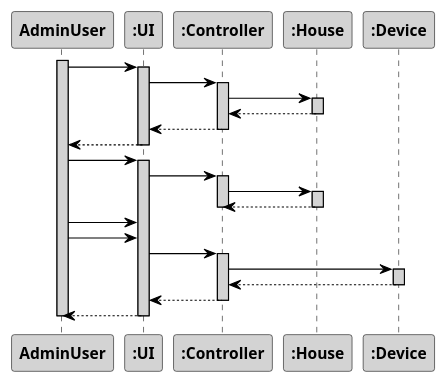
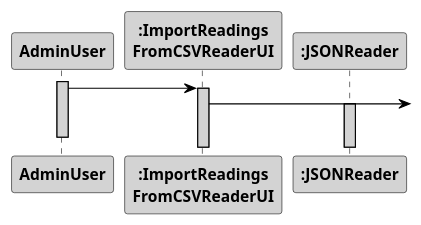
The diagram in src/main/java/pt/ipp/isep/dei/project/controllers/importReadingsFromCSVController/SD_SequenceDiagramModel.puml (1181687/hateoasToy), drawn with PlantUML before and after one commit. The commit also changed 2 other files, not shown here.

Commit message:
Added class diagram US015

```diff
--- a/src/main/java/pt/ipp/isep/dei/project/controllers/importReadingsFromCSVController/SD_SequenceDiagramModel.puml
+++ b/src/main/java/pt/ipp/isep/dei/project/controllers/importReadingsFromCSVController/SD_SequenceDiagramModel.puml
@@ -1,60 +1,30 @@
 @startuml
 skinparam sequenceMessageAlign center
 skinparam sequence {
 	ArrowColor Black
 	ActorBorderColor DarkBlue
 	LifeLineBorderColor black
 	LifeLineBackgroundColor LightGrey
 
 	ParticipantBorderColor Black
 	ParticipantBackgroundColor LightGrey
 	ParticipantFontStyle Bold
 
 	ActorBackgroundColor DimGrey
 	ActorFontColor DeepSkyBlue
 	ActorFontStyle Bold
 	ActorFontSize 17
 	ActorFontName Aapex
 }
+
 activate AdminUser
 actor AdminUser
 
-AdminUser -> ":UI":
-activate ":UI"
-":UI" -> ":Controller":
-activate ":Controller"
-":Controller" -> ":House":
-activate ":House"
-":Controller" <-- ":House":
-deactivate ":House"
-":UI" <-- ":Controller":
-deactivate ":Controller"
-AdminUser <-- ":UI":
-deactivate ":UI"
-
-AdminUser -> ":UI":
-activate ":UI"
-":UI" -> ":Controller":
-activate ":Controller"
-":Controller" -> ":House":
-activate ":House"
-":Controller" <-- ":House":
-deactivate ":House"
-deactivate ":Controller"
-
-AdminUser -> ":UI":
-AdminUser -> ":UI":
-":UI" -> ":Controller":
-activate ":Controller"
-":Controller" -> ":Device":
-activate ":Device"
-":Controller" <-- ":Device":
-deactivate ":Device"
-":UI" <-- ":Controller":
-deactivate ":Controller"
-AdminUser<-- ":UI":
-deactivate ":UI"
+AdminUser -> ":ImportReadings\nFromCSVReaderUI":
+activate ":ImportReadings\nFromCSVReaderUI"
+":ImportReadings\nFromCSVReaderUI" ->
+activate ":JSONReader"
 
 deactivate AdminUser
 
 @enduml
```
